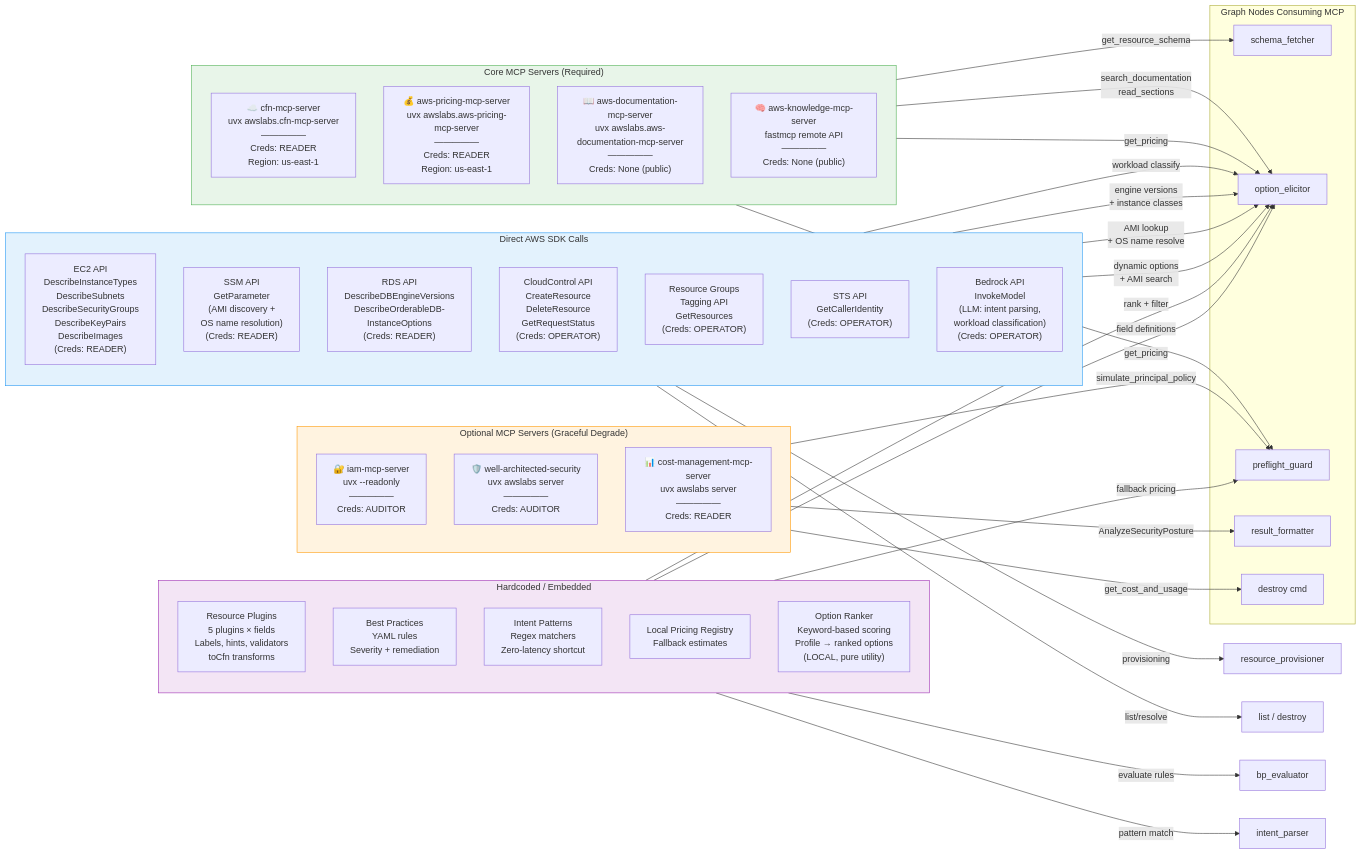
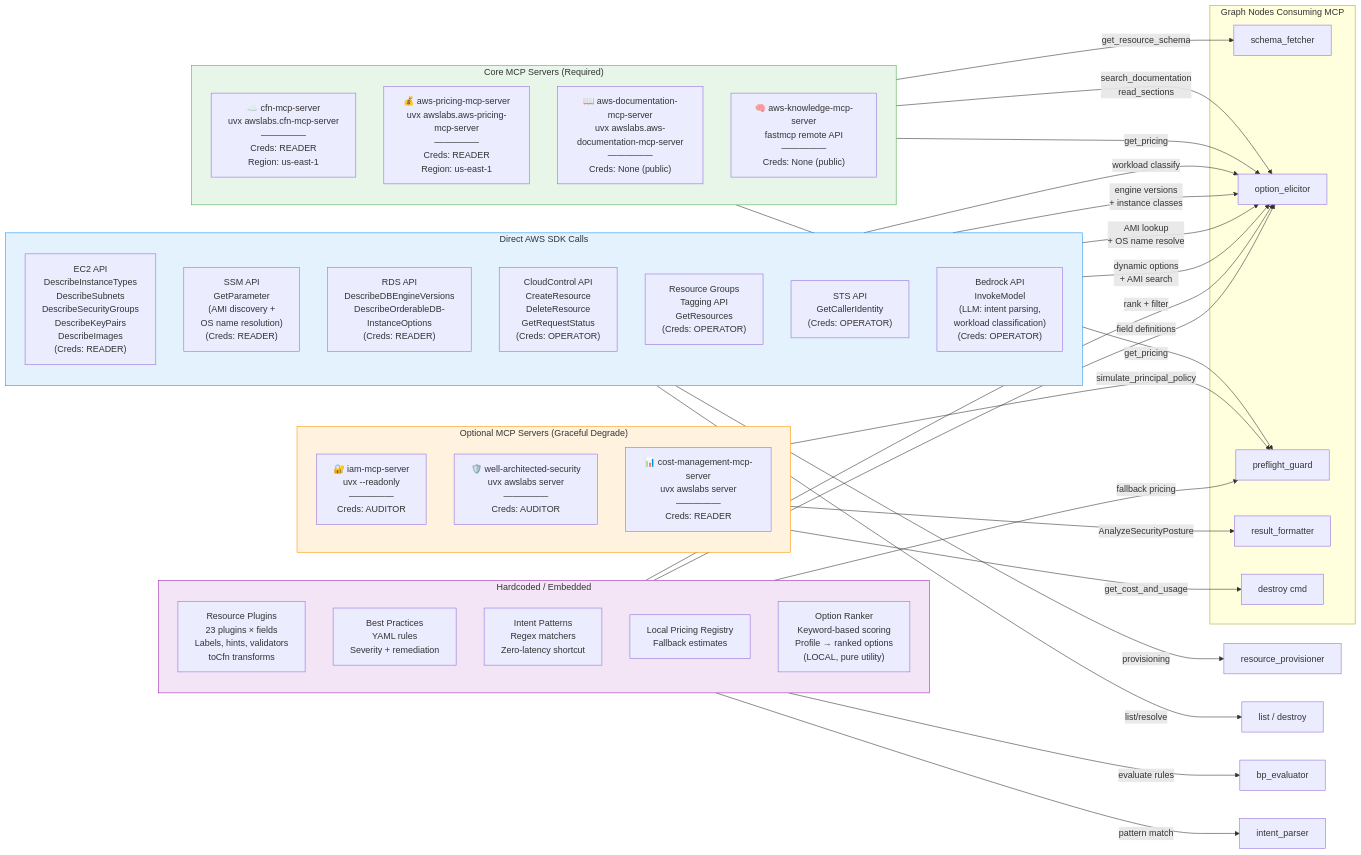
One commit to SergSlon/assignee-ai changed the second of 10 diagrams in docs/architecture-flows.md. Above: the diagram before and after it, drawn with Mermaid. The commit also changed other lines of this file and 4 other files, not shown here.

````diff
--- a/docs/architecture-flows.md
+++ b/docs/architecture-flows.md
@@ -86,71 +86,71 @@
 ```mermaid
 flowchart LR
     subgraph CORE["Core MCP Servers (Required)"]
         direction TB
         CFN["☁️ cfn-mcp-server<br/>uvx awslabs.cfn-mcp-server<br/>—————<br/>Creds: READER<br/>Region: us-east-1"]
         PRICING["💰 aws-pricing-mcp-server<br/>uvx awslabs.aws-pricing-mcp-server<br/>—————<br/>Creds: READER<br/>Region: us-east-1"]
         DOCS["📖 aws-documentation-mcp-server<br/>uvx awslabs.aws-documentation-mcp-server<br/>—————<br/>Creds: None (public)"]
         KNOW["🧠 aws-knowledge-mcp-server<br/>fastmcp remote API<br/>—————<br/>Creds: None (public)"]
     end
 
     subgraph OPT["Optional MCP Servers (Graceful Degrade)"]
         direction TB
         IAM["🔐 iam-mcp-server<br/>uvx --readonly<br/>—————<br/>Creds: AUDITOR"]
         SEC["🛡️ well-architected-security<br/>uvx awslabs server<br/>—————<br/>Creds: AUDITOR"]
         BILL["📊 cost-management-mcp-server<br/>uvx awslabs server<br/>—————<br/>Creds: READER"]
     end
 
     subgraph NODES["Graph Nodes Consuming MCP"]
         SF2["schema_fetcher"]
         OE2["option_elicitor"]
         PF2["preflight_guard"]
         RF2["result_formatter"]
         DS2["destroy cmd"]
     end
 
     CFN -->|"get_resource_schema"| SF2
     PRICING -->|"get_pricing"| OE2
     PRICING -->|"get_pricing"| PF2
     DOCS -->|"search_documentation<br/>read_sections"| OE2
     IAM -->|"simulate_principal_policy"| PF2
     SEC -->|"AnalyzeSecurityPosture"| RF2
     BILL -->|"get_cost_and_usage"| DS2
 
     subgraph SDK["Direct AWS SDK Calls"]
         direction TB
         EC2["EC2 API<br/>DescribeInstanceTypes<br/>DescribeSubnets<br/>DescribeSecurityGroups<br/>DescribeKeyPairs<br/>DescribeImages<br/>(Creds: READER)"]
         SSM["SSM API<br/>GetParameter<br/>(AMI discovery +<br/>OS name resolution)<br/>(Creds: READER)"]
         RDS["RDS API<br/>DescribeDBEngineVersions<br/>DescribeOrderableDB-<br/>InstanceOptions<br/>(Creds: READER)"]
         CC["CloudControl API<br/>CreateResource<br/>DeleteResource<br/>GetRequestStatus<br/>(Creds: OPERATOR)"]
         TAGS["Resource Groups<br/>Tagging API<br/>GetResources<br/>(Creds: OPERATOR)"]
         STS["STS API<br/>GetCallerIdentity<br/>(Creds: OPERATOR)"]
         BEDROCK["Bedrock API<br/>InvokeModel<br/>(LLM: intent parsing,<br/>workload classification)<br/>(Creds: OPERATOR)"]
     end
 
     EC2 -->|"dynamic options<br/>+ AMI search"| OE2
     SSM -->|"AMI lookup<br/>+ OS name resolve"| OE2
     RDS -->|"engine versions<br/>+ instance classes"| OE2
     CC -->|"provisioning"| RP2["resource_provisioner"]
     TAGS -->|"list/resolve"| LIST2["list / destroy"]
     BEDROCK -->|"workload classify"| OE2
 
     subgraph LOCAL["Hardcoded / Embedded"]
         direction TB
-        PLUGINS["Resource Plugins<br/>5 plugins × fields<br/>Labels, hints, validators<br/>toCfn transforms"]
+        PLUGINS["Resource Plugins<br/>23 plugins × fields<br/>Labels, hints, validators<br/>toCfn transforms"]
         BPYAML["Best Practices<br/>YAML rules<br/>Severity + remediation"]
         PATTERNS["Intent Patterns<br/>Regex matchers<br/>Zero-latency shortcut"]
         LOCALP["Local Pricing Registry<br/>Fallback estimates"]
         RANKER["Option Ranker<br/>Keyword-based scoring<br/>Profile → ranked options<br/>(LOCAL, pure utility)"]
     end
 
     PLUGINS -->|"field definitions"| OE2
     BPYAML -->|"evaluate rules"| BP2["bp_evaluator"]
     PATTERNS -->|"pattern match"| IP2["intent_parser"]
     LOCALP -->|"fallback pricing"| PF2
     RANKER -->|"rank + filter"| OE2
 
     style CORE fill:#e8f5e9,stroke:#4CAF50
     style OPT fill:#fff3e0,stroke:#FF9800
     style SDK fill:#e3f2fd,stroke:#2196F3
     style LOCAL fill:#f3e5f5,stroke:#9C27B0
 ```
````
